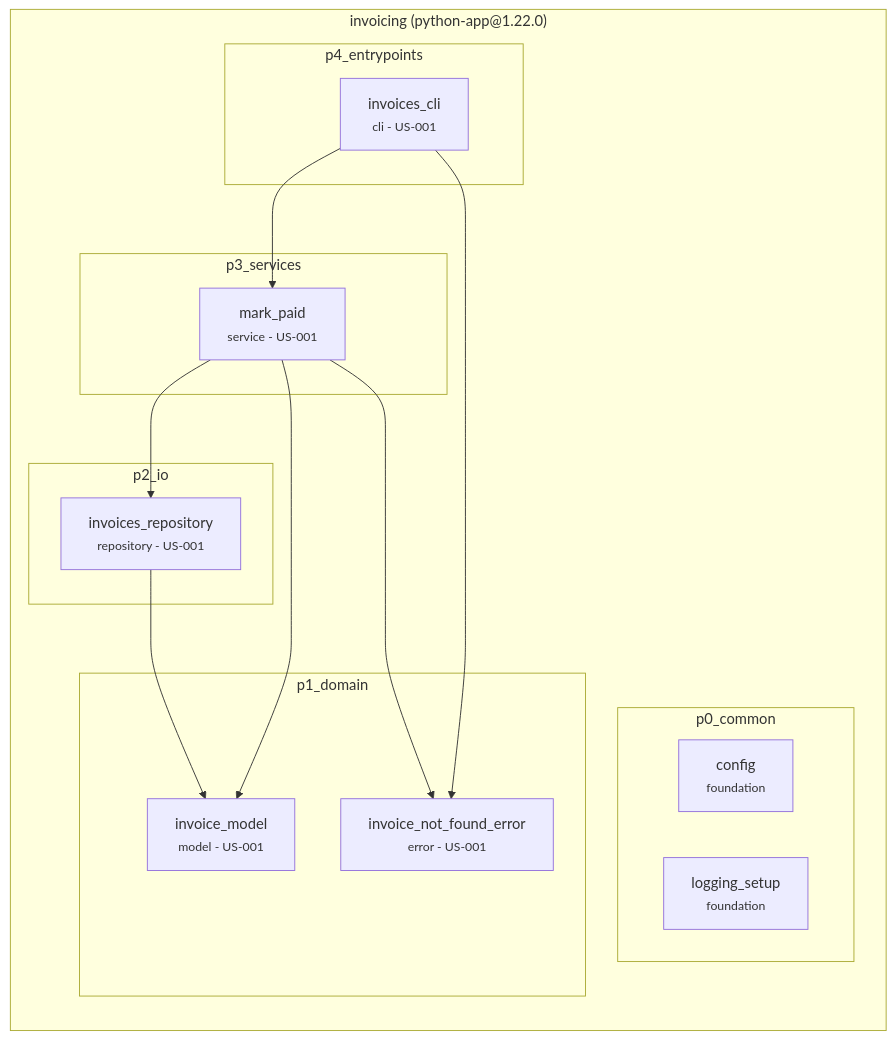
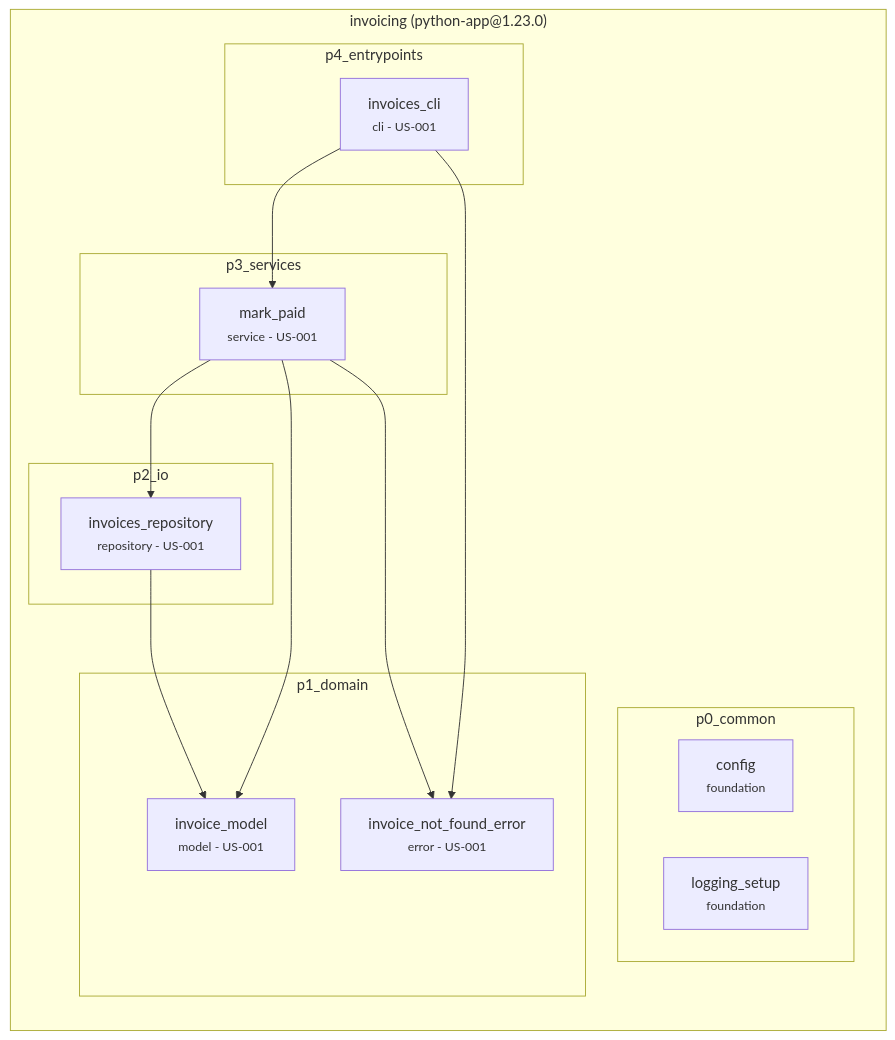
One commit to archvow/archvow-plugin changed the diagram in contract/archvow/examples/python-app/.archvow/spec.md. Above: the diagram before and after it, drawn with Mermaid. The commit also changed 150 other files, not shown here.

````diff
--- a/contract/archvow/examples/python-app/.archvow/spec.md
+++ b/contract/archvow/examples/python-app/.archvow/spec.md
@@ -11,30 +11,30 @@
 ```mermaid
 flowchart TB
-  subgraph invoicing["invoicing (python-app@1.22.0)"]
+  subgraph invoicing["invoicing (python-app@1.23.0)"]
     direction TB
     subgraph invoicing__p0_common["p0_common"]
       invoicing__config["config<br/><small>foundation</small>"]
       invoicing__logging_setup["logging_setup<br/><small>foundation</small>"]
     end
     subgraph invoicing__p1_domain["p1_domain"]
       invoicing__invoice_model["invoice_model<br/><small>model - US-001</small>"]
       invoicing__invoice_not_found_error["invoice_not_found_error<br/><small>error - US-001</small>"]
     end
     subgraph invoicing__p2_io["p2_io"]
       invoicing__invoices_repository["invoices_repository<br/><small>repository - US-001</small>"]
     end
     subgraph invoicing__p3_services["p3_services"]
       invoicing__mark_paid["mark_paid<br/><small>service - US-001</small>"]
     end
     subgraph invoicing__p4_entrypoints["p4_entrypoints"]
       invoicing__invoices_cli["invoices_cli<br/><small>cli - US-001</small>"]
     end
   end
   invoicing__invoices_repository --> invoicing__invoice_model
   invoicing__mark_paid --> invoicing__invoice_model
   invoicing__mark_paid --> invoicing__invoice_not_found_error
   invoicing__mark_paid --> invoicing__invoices_repository
   invoicing__invoices_cli --> invoicing__mark_paid
   invoicing__invoices_cli --> invoicing__invoice_not_found_error
   classDef empty fill:none,stroke:none
 ```
````
